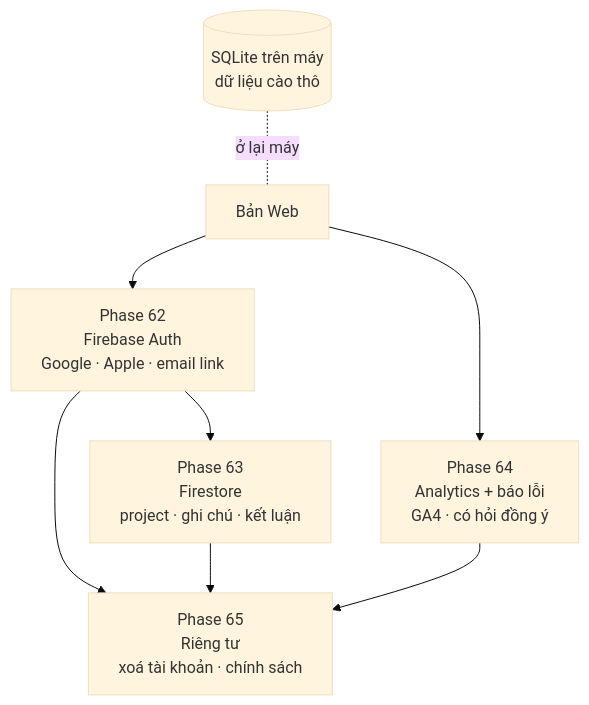
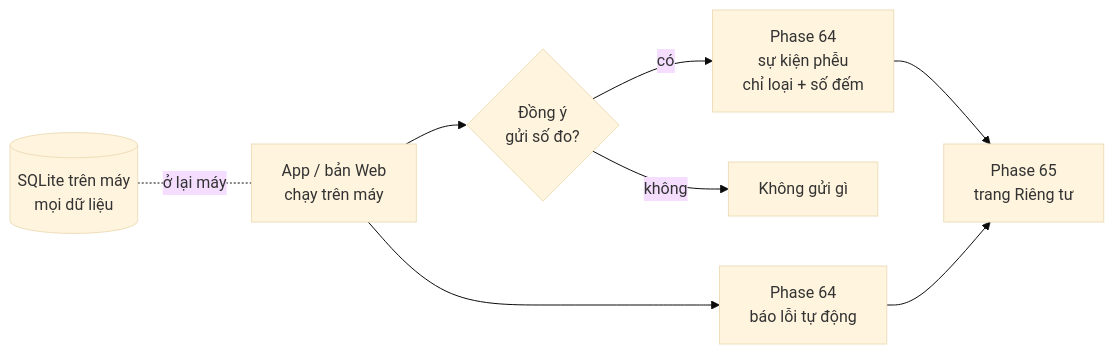
One commit to nvminhtu/niche-radar-docs changed the diagram in docs/web/version-9.md. Above: the diagram before and after it, drawn with Mermaid (base theme). The commit also changed other lines of this file and 45 other files, not shown here.

Commit message:
docs: sync — bán app Mac + Windows, V9/V10 lên trên, vạch KO LÀM, Phase 82 Windows, đánh giá lại Wow Keywords

````diff
--- a/docs/web/version-9.md
+++ b/docs/web/version-9.md
@@ -21,8 +23,9 @@
 ```mermaid
-flowchart TB
-  APP[Bản Web] --> AUTH[Phase 62<br/>Firebase Auth<br/>Google · Apple · email link]
-  AUTH --> FS[Phase 63<br/>Firestore<br/>project · ghi chú · kết luận]
-  APP --> AN[Phase 64<br/>Analytics + báo lỗi<br/>GA4 · có hỏi đồng ý]
-  AUTH & FS & AN --> PV[Phase 65<br/>Riêng tư<br/>xoá tài khoản · chính sách]
-  LOCAL[(SQLite trên máy<br/>dữ liệu cào thô)] -.ở lại máy.- APP
+flowchart LR
+  APP[App / bản Web<br/>chạy trên máy] --> C{Đồng ý<br/>gửi số đo?}
+  C -- có --> AN[Phase 64<br/>sự kiện phễu<br/>chỉ loại + số đếm]
+  C -- không --> N[Không gửi gì]
+  APP --> ER[Phase 64<br/>báo lỗi tự động]
+  AN & ER --> PV[Phase 65<br/>trang Riêng tư]
+  LOCAL[(SQLite trên máy<br/>mọi dữ liệu)] -.ở lại máy.- APP
 ```
````
